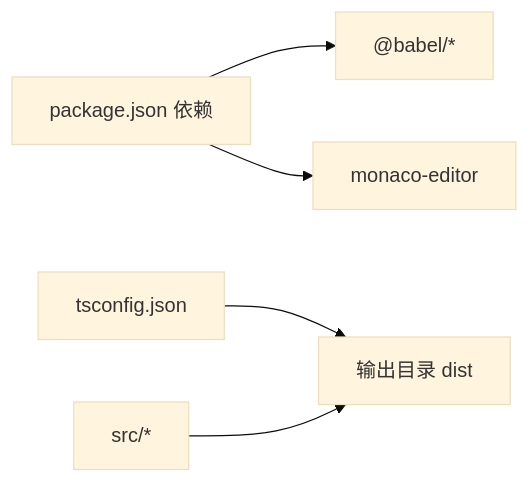
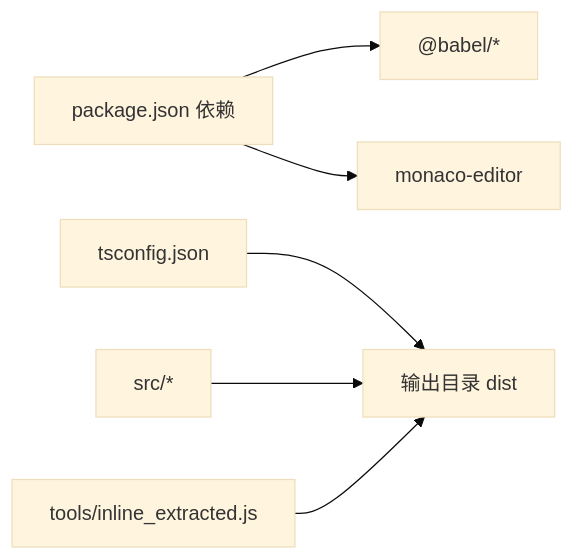
Before and after one commit to meiok1/wysjson: the eighth of 8 diagrams in .qoder/repowiki/zh/content/高级功能特性/性能优化.md, drawn with Mermaid (base theme). The commit also changed other lines of this file and 390 other files, not shown here.

````diff
--- a/.qoder/repowiki/zh/content/高级功能特性/性能优化.md
+++ b/.qoder/repowiki/zh/content/高级功能特性/性能优化.md
@@ -251,7 +295,8 @@
 ```mermaid
 graph LR
 PKG["package.json 依赖"] --> BABEL["@babel/*"]
 PKG --> MONACO["monaco-editor"]
 TSC["tsconfig.json"] --> OUT["输出目录 dist"]
 SRC["src/*"] --> OUT
+INLINE["tools/inline_extracted.js"] --> OUT
 ```
````
